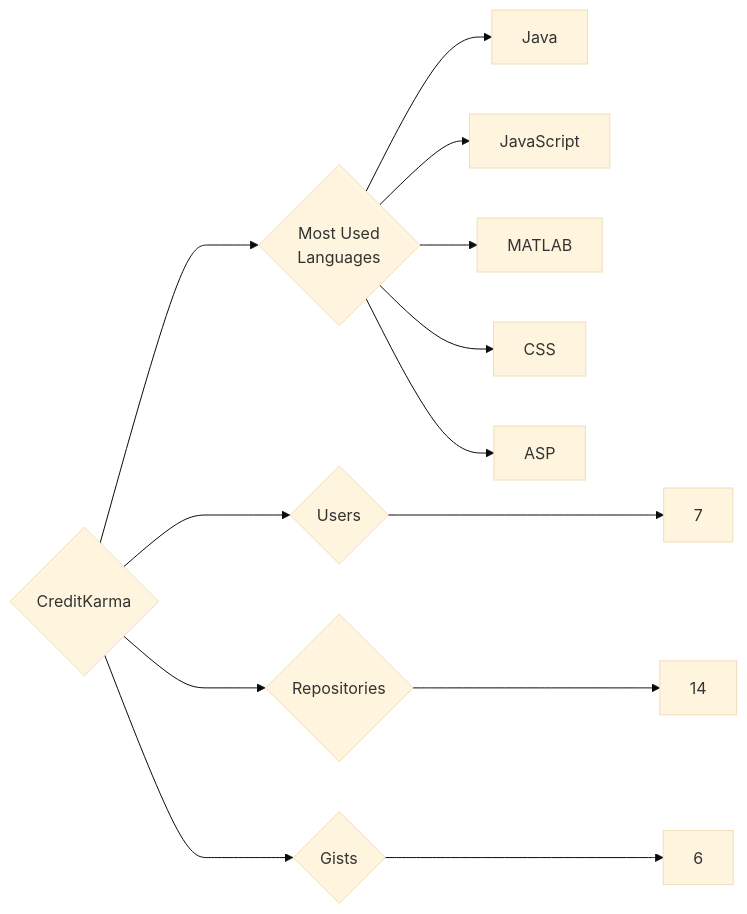
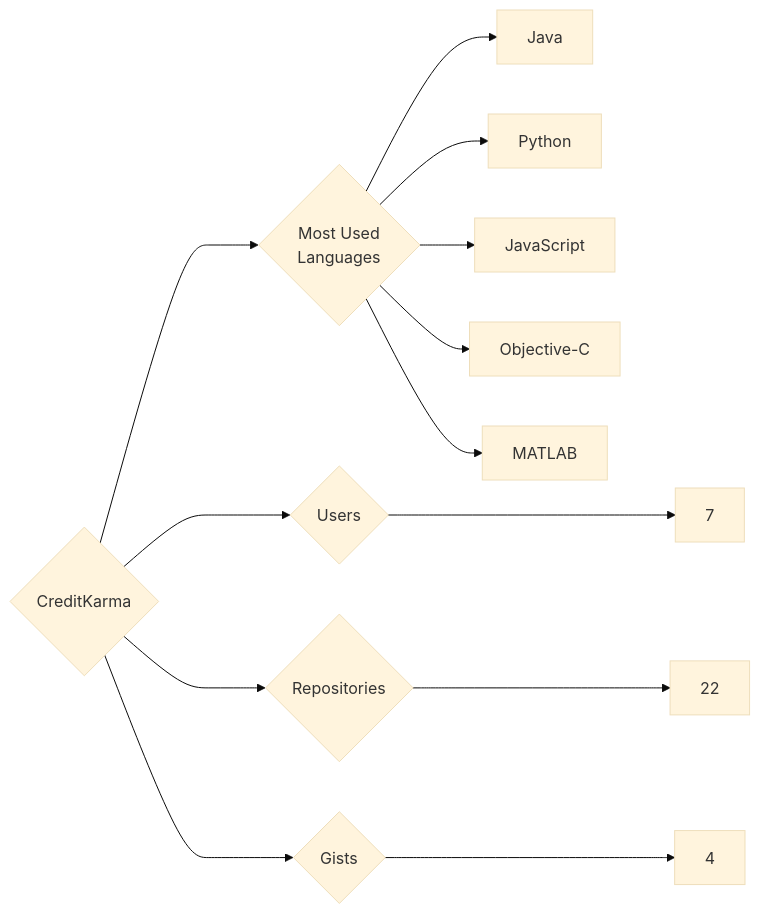
One commit to trickest/insiders changed the diagram in targets/CreditKarma/README.md. Above: the diagram before and after it, drawn with Mermaid (base theme). The commit also changed 611 other files, not shown here.

````diff
--- a/targets/CreditKarma/README.md
+++ b/targets/CreditKarma/README.md
@@ -3,13 +3,13 @@
 ```mermaid
 graph LR
 COMPANY_NAME{CreditKarma}
 COMPANY_NAME ---> U{Users} ---> UN[7]
-COMPANY_NAME ---> R{Repositories} ---> RN[14]
-COMPANY_NAME ---> G{Gists} ---> GN[6]
+COMPANY_NAME ---> R{Repositories} ---> RN[22]
+COMPANY_NAME ---> G{Gists} ---> GN[4]
 COMPANY_NAME ---> ML{Most Used<br>Languages}
 ML --> Java[Java]
+ML --> Python[Python]
 ML --> JavaScript[JavaScript]
+ML --> Objective-C[Objective-C]
 ML --> MATLAB[MATLAB]
-ML --> CSS[CSS]
-ML --> ASP[ASP]
 ```
````
